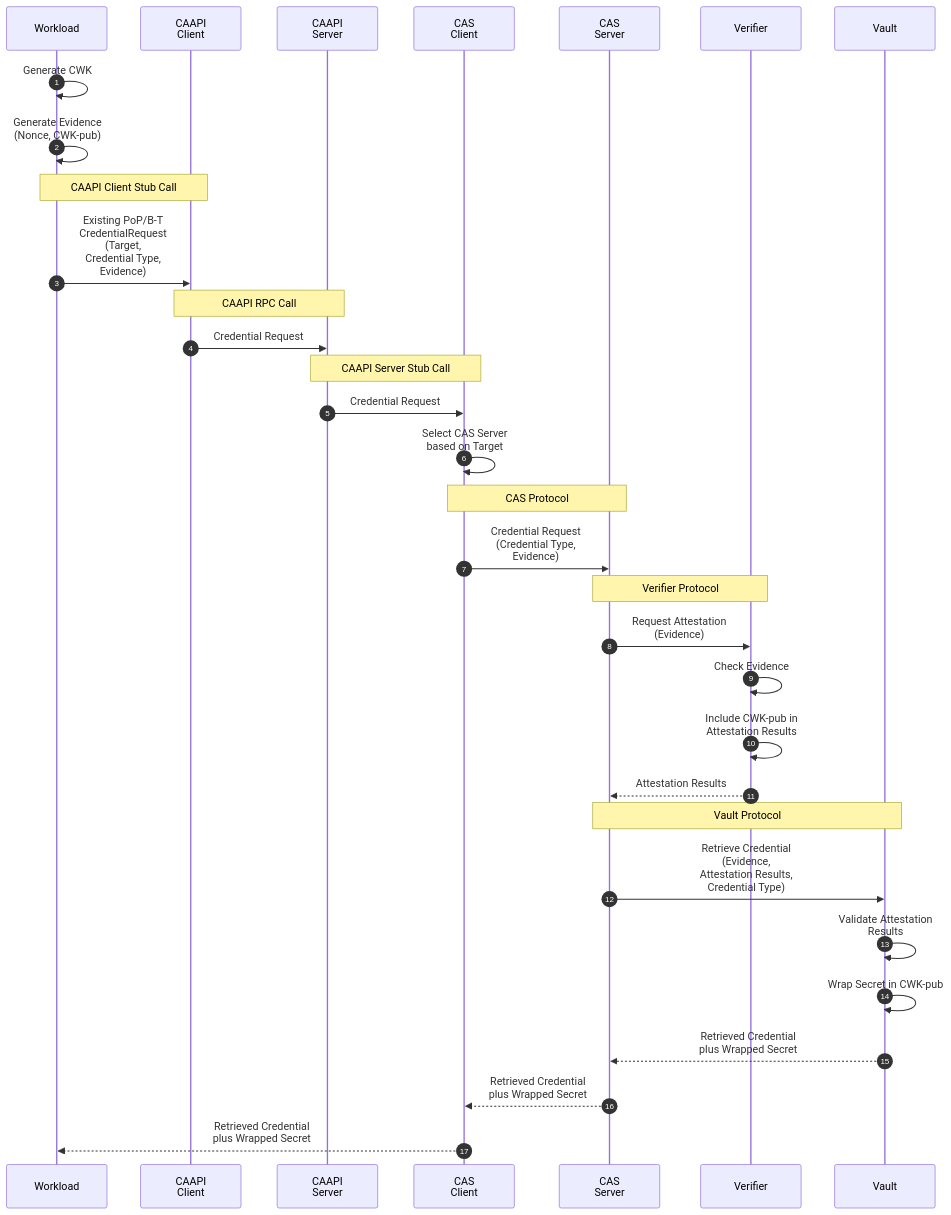
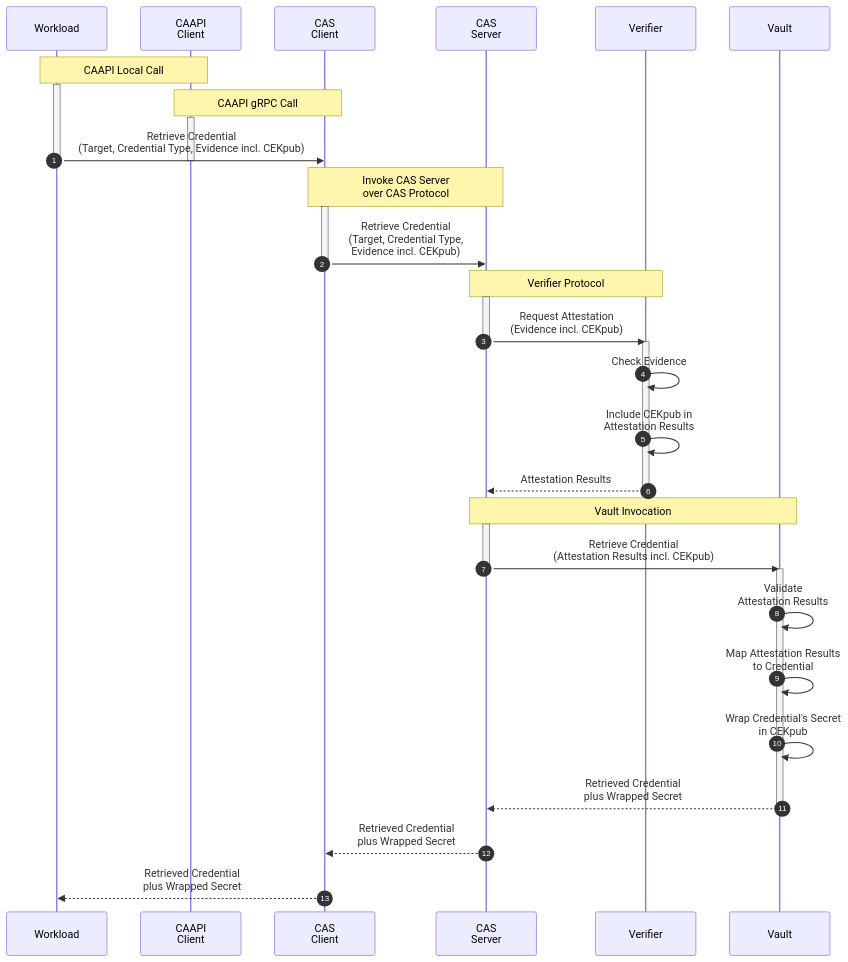
The diagram in proto/retrieve.mmd (TWI-Unified-Model/tacra), drawn with Mermaid before and after one commit. The commit also changed 4 other files, not shown here.

Commit message:
Updated CAAPI flowcharts

```diff
--- a/proto/retrieve.mmd
+++ b/proto/retrieve.mmd
@@ -1,35 +1,43 @@
 %% Retrieving existing proof-of-possession or bearer token credentials
 sequenceDiagram
     participant W as Workload
     participant CAA_C as CAAPI<br/>Client
-    participant CAA_S as CAAPI<br/>Server
     participant CAS_C as CAS<br/>Client
     participant CAS_S as CAS<br/>Server
     participant V as Verifier
     participant SS as Vault
 
     autonumber
 
-    W->>W: Generate CWK
-    W->>W: Generate Evidence<br/>(Nonce, CWK-pub)
-    note over W, CAA_C: CAAPI Client Stub Call
-    W->>CAA_C: Existing PoP/B-T<br/>CredentialRequest<br/>(Target,<br/>Credential Type,<br/>Evidence)
-    note over CAA_C, CAA_S: CAAPI RPC Call
-    CAA_C->>CAA_S: Credential Request
-    note over CAA_S, CAS_C: CAAPI Server Stub Call
-    CAA_S->>CAS_C: Credential Request
-    CAS_C->>CAS_C: Select CAS Server<br/>based on Target
-    note over CAS_C, CAS_S: CAS Protocol
-    CAS_C->>CAS_S: Credential Request<br/>(Credential Type,<br/>Evidence)
+    note over W, CAA_C: CAAPI Local Call
+    activate W
+    note over CAA_C, CAS_C: CAAPI gRPC Call
+    activate CAA_C
+    W->>CAS_C: Retrieve Credential<br/>(Target, Credential Type, Evidence incl. CEKpub)
+    deactivate CAA_C
+    deactivate W
+    note over CAS_C, CAS_S: Invoke CAS Server<br/>over CAS Protocol
+    activate CAS_C
+    CAS_C->>CAS_S: Retrieve Credential<br/>(Target, Credential Type,<br/>Evidence incl. CEKpub)
+    deactivate CAS_C
     note over CAS_S, V: Verifier Protocol
-    CAS_S->>V: Request Attestation<br/>(Evidence)
+    activate CAS_S
+    CAS_S->>V: Request Attestation<br/>(Evidence incl. CEKpub)
+    deactivate CAS_S
+    activate V
     V->>V: Check Evidence
-    V->>V: Include CWK-pub in<br/>Attestation Results
+    V->>V: Include CEKpub in<br/>Attestation Results
     V-->>CAS_S: Attestation Results
-    note over CAS_S, SS: Vault Protocol
-    CAS_S->>SS: Retrieve Credential<br/>(Evidence,<br/>Attestation Results,<br/>Credential Type)
-    SS->>SS: Validate Attestation<br/>Results
-    SS->>SS: Wrap Secret in CWK-pub
-    SS-->>CAS_S: Retrieved Credential<br/> plus Wrapped Secret
-    CAS_S-->>CAS_C: Retrieved Credential<br/> plus Wrapped Secret
-    CAS_C-->>W: Retrieved Credential<br/> plus Wrapped Secret
+    deactivate V
+    note over CAS_S, SS: Vault Invocation
+    activate CAS_S
+    CAS_S->>SS: Retrieve Credential<br/>(Attestation Results incl. CEKpub)
+    deactivate CAS_S
+    activate SS
+    SS->>SS: Validate<br/>Attestation Results
+    SS->>SS: Map Attestation Results<br/>to Credential
+    SS->>SS: Wrap Credential's Secret<br/>in CEKpub
+    SS-->>CAS_S: Retrieved Credential<br/>plus Wrapped Secret
+    deactivate SS
+    CAS_S-->>CAS_C: Retrieved Credential<br/>plus Wrapped Secret
+    CAS_C-->>W: Retrieved Credential<br/>plus Wrapped Secret
```
